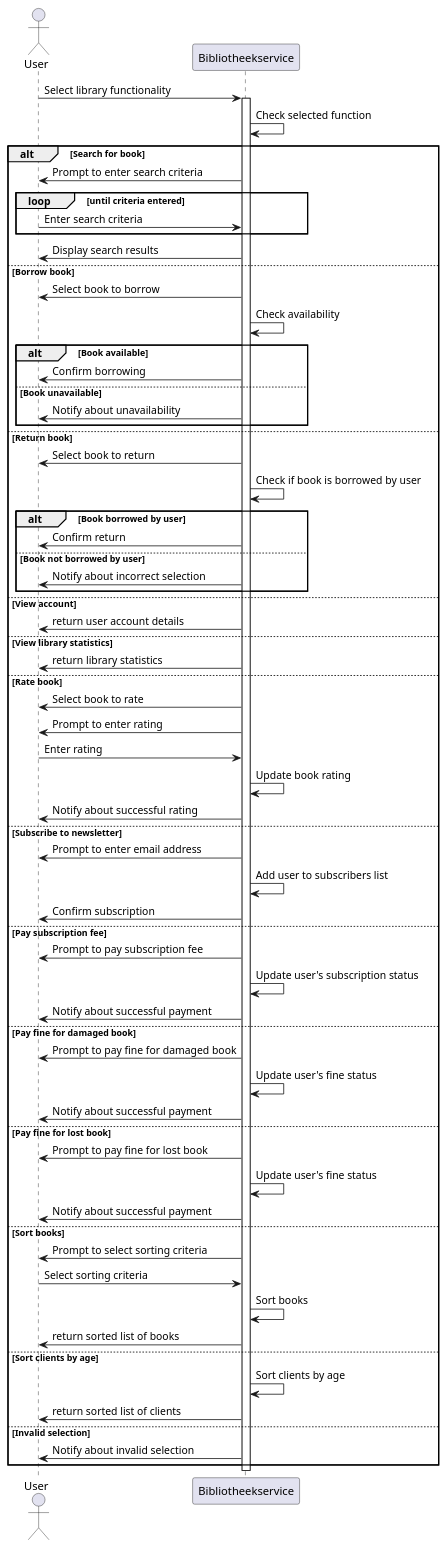
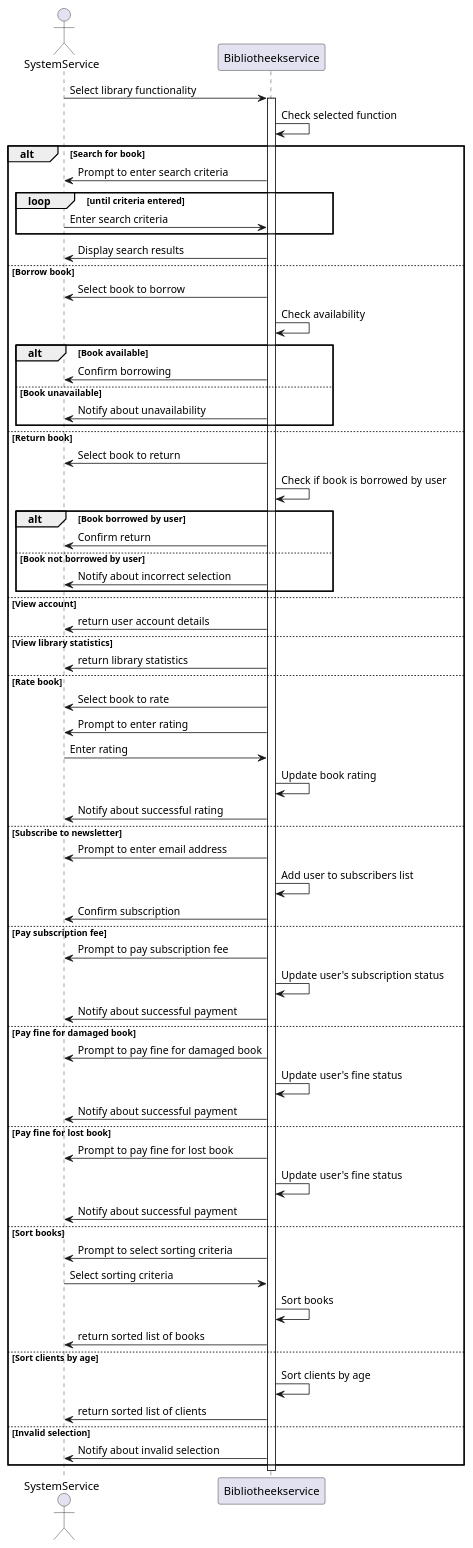
The diagram in src/main/java/AnalyseLibrarySystem/SequenceUseCases/Libraryservice/Library_FunctionalitySequence.puml (JananJavdan/BibliotheekSysteem), drawn with PlantUML before and after one commit. The commit also changed 17 other files, not shown here.

```diff
--- a/src/main/java/AnalyseLibrarySystem/SequenceUseCases/Libraryservice/Library_FunctionalitySequence.puml
+++ b/src/main/java/AnalyseLibrarySystem/SequenceUseCases/Libraryservice/Library_FunctionalitySequence.puml
@@ -1,68 +1,68 @@
 @startuml
-actor User
+actor SystemService
 participant "Bibliotheekservice" as BibService
 
-User -> BibService: Select library functionality
+SystemService -> BibService: Select library functionality
 activate BibService
 BibService -> BibService: Check selected function
 alt Search for book
-  BibService -> User: Prompt to enter search criteria
+  BibService -> SystemService: Prompt to enter search criteria
   loop until criteria entered
-    User -> BibService: Enter search criteria
+    SystemService -> BibService: Enter search criteria
   end
-  BibService -> User: Display search results
+  BibService -> SystemService: Display search results
 else Borrow book
-  BibService -> User: Select book to borrow
+  BibService -> SystemService: Select book to borrow
   BibService -> BibService: Check availability
   alt Book available
-    BibService -> User: Confirm borrowing
+    BibService -> SystemService: Confirm borrowing
   else Book unavailable
-    BibService -> User: Notify about unavailability
+    BibService -> SystemService: Notify about unavailability
   end
 else Return book
-  BibService -> User: Select book to return
+  BibService -> SystemService: Select book to return
   BibService -> BibService: Check if book is borrowed by user
   alt Book borrowed by user
-    BibService -> User: Confirm return
+    BibService -> SystemService: Confirm return
   else Book not borrowed by user
-    BibService -> User: Notify about incorrect selection
+    BibService -> SystemService: Notify about incorrect selection
   end
 else View account
-  BibService -> User: return user account details
+  BibService -> SystemService: return user account details
 else View library statistics
-  BibService -> User: return library statistics
+  BibService -> SystemService: return library statistics
 else Rate book
-  BibService -> User: Select book to rate
-  BibService -> User: Prompt to enter rating
-  User -> BibService: Enter rating
+  BibService -> SystemService: Select book to rate
+  BibService -> SystemService: Prompt to enter rating
+  SystemService -> BibService: Enter rating
   BibService -> BibService: Update book rating
-  BibService -> User: Notify about successful rating
+  BibService -> SystemService: Notify about successful rating
 else Subscribe to newsletter
-  BibService -> User: Prompt to enter email address
+  BibService -> SystemService: Prompt to enter email address
   BibService -> BibService: Add user to subscribers list
-  BibService -> User: Confirm subscription
+  BibService -> SystemService: Confirm subscription
 else Pay subscription fee
-  BibService -> User: Prompt to pay subscription fee
+  BibService -> SystemService: Prompt to pay subscription fee
   BibService -> BibService: Update user's subscription status
-  BibService -> User: Notify about successful payment
+  BibService -> SystemService: Notify about successful payment
 else Pay fine for damaged book
-  BibService -> User: Prompt to pay fine for damaged book
+  BibService -> SystemService: Prompt to pay fine for damaged book
   BibService -> BibService: Update user's fine status
-  BibService -> User: Notify about successful payment
+  BibService -> SystemService: Notify about successful payment
 else Pay fine for lost book
-  BibService -> User: Prompt to pay fine for lost book
+  BibService -> SystemService: Prompt to pay fine for lost book
   BibService -> BibService: Update user's fine status
-  BibService -> User: Notify about successful payment
+  BibService -> SystemService: Notify about successful payment
 else Sort books
-  BibService -> User: Prompt to select sorting criteria
-  User -> BibService: Select sorting criteria
+  BibService -> SystemService: Prompt to select sorting criteria
+  SystemService -> BibService: Select sorting criteria
   BibService -> BibService: Sort books
-  BibService -> User: return sorted list of books
+  BibService -> SystemService: return sorted list of books
 else Sort clients by age
   BibService -> BibService: Sort clients by age
-  BibService -> User: return sorted list of clients
+  BibService -> SystemService: return sorted list of clients
 else Invalid selection
-  BibService -> User: Notify about invalid selection
+  BibService -> SystemService: Notify about invalid selection
 end
 deactivate BibService
 @enduml
```
